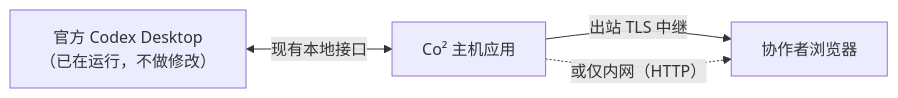
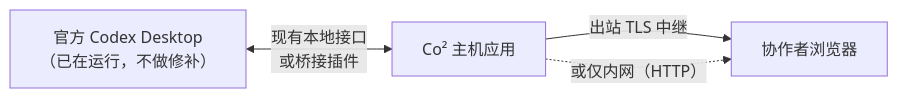
The diagram in README.md (SpaceCoder-Kafka/codex-co2), drawn with Mermaid before and after one commit. The commit also changed other lines of this file and 33 other files, not shown here.

````diff
--- a/README.md
+++ b/README.md
@@ -58,6 +67,6 @@
 ```mermaid
 flowchart LR
-  D["官方 Codex Desktop<br/>（已在运行，不做修改）"] <-- "现有本地接口" --> H["Co² 主机应用"]
+  D["官方 Codex Desktop<br/>（已在运行，不做修补）"] <-- "现有本地接口<br/>或桥接插件" --> H["Co² 主机应用"]
   H -- "出站 TLS 中继" --> G["协作者浏览器"]
   H -. "或仅内网（HTTP）" .-> G
 ```
````
